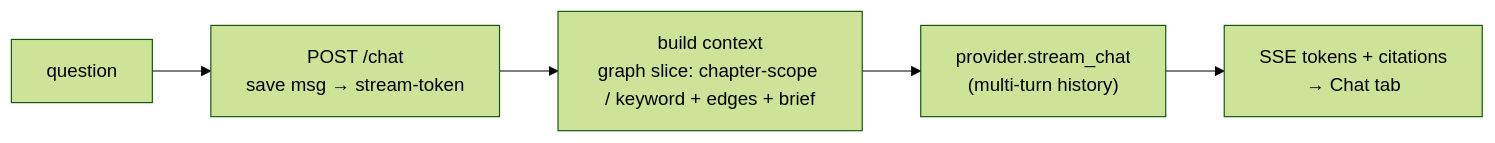
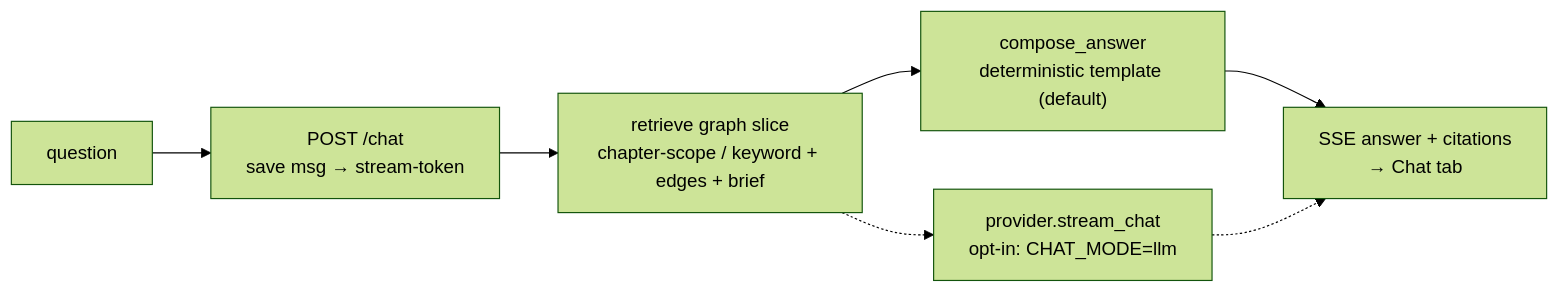
The third of 3 diagrams in README.md (thuansystemit/knowledge_book), drawn with Mermaid (forest theme) before and after one commit. The commit also changed other lines of this file and 41 other files, not shown here.

````diff
--- a/README.md
+++ b/README.md
@@ -76,7 +78,9 @@
 ```mermaid
 flowchart LR
     Q["question"] --> P["POST /chat<br/>save msg → stream-token"]
-    P --> S["build context<br/>graph slice: chapter-scope / keyword + edges + brief"]
-    S --> ST["provider.stream_chat<br/>(multi-turn history)"]
-    ST --> SSE["SSE tokens + citations<br/>→ Chat tab"]
+    P --> S["retrieve graph slice<br/>chapter-scope / keyword + edges + brief"]
+    S --> A["compose_answer<br/>deterministic template (default)"]
+    S -.-> L["provider.stream_chat<br/>opt-in: CHAT_MODE=llm"]
+    A --> SSE["SSE answer + citations<br/>→ Chat tab"]
+    L -.-> SSE
 ```
````
